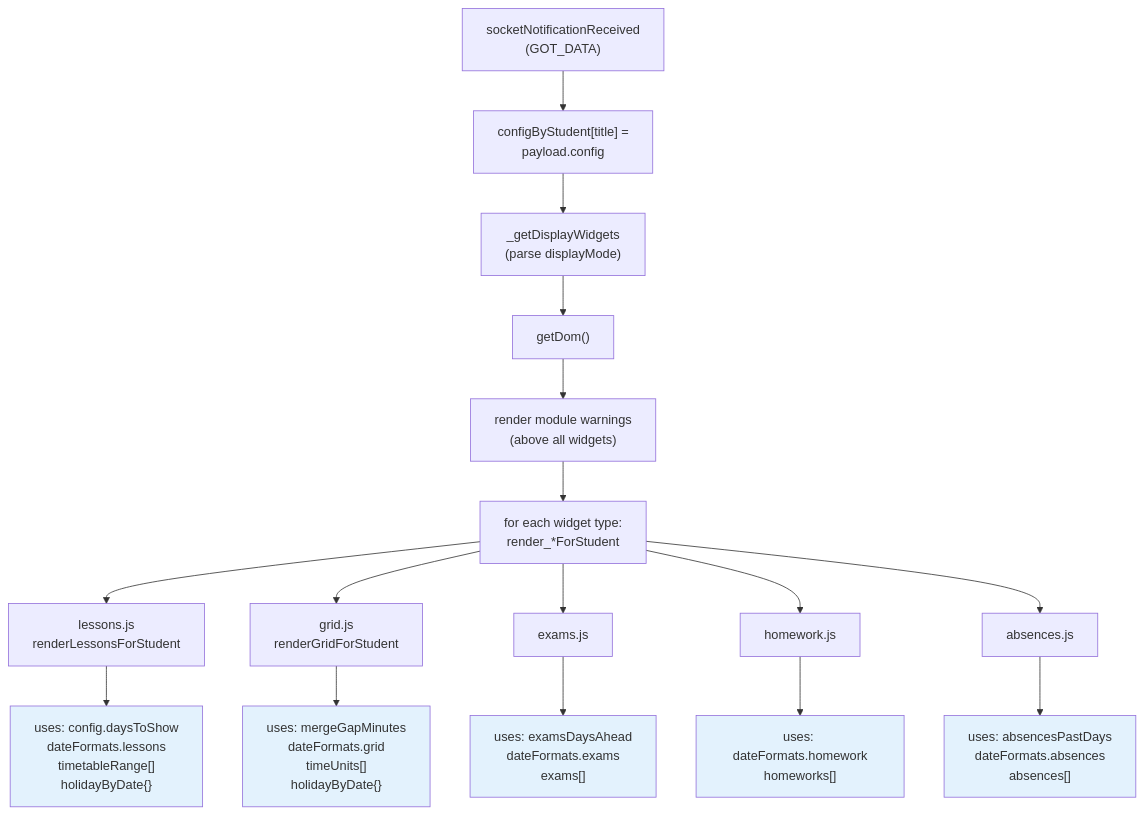
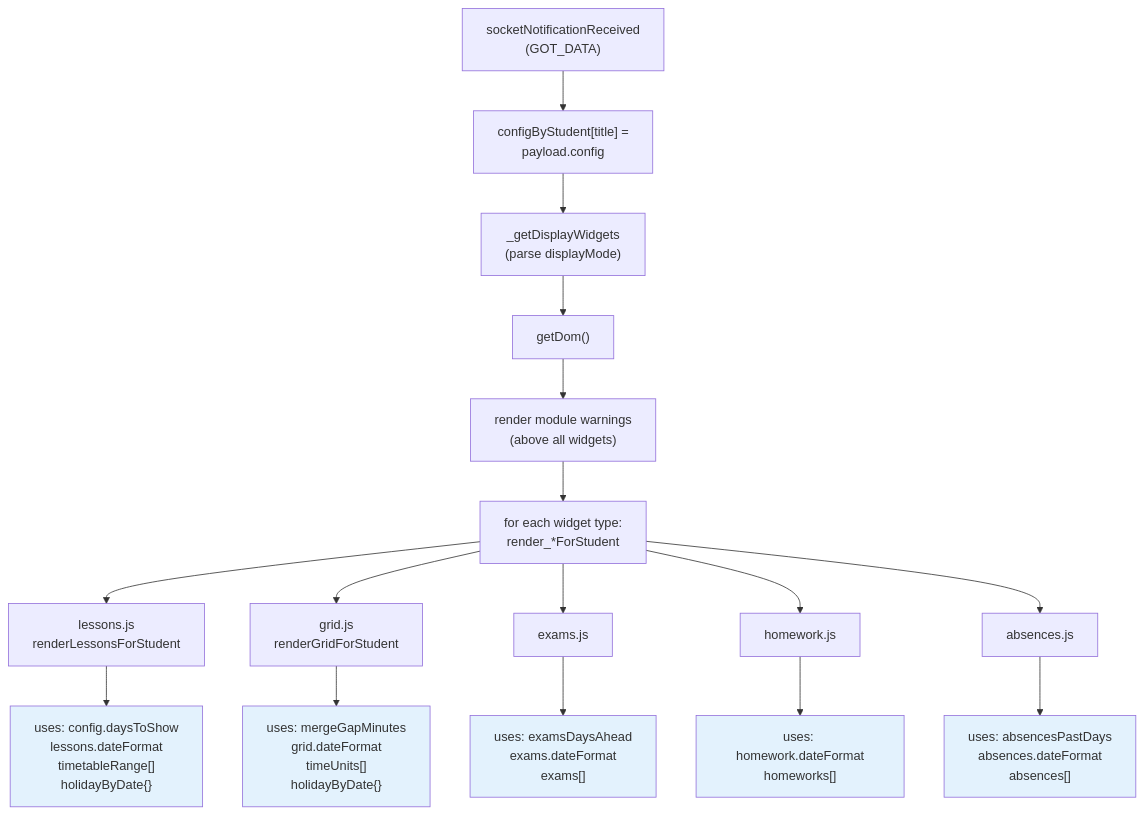
One commit to HeikoGr/MMM-Webuntis changed the fourth of 9 diagrams in ARCHITECTURE.md. Above: the diagram before and after it, drawn with Mermaid. The commit also changed other lines of this file and 13 other files, not shown here.

Commit message:
refactor: migrate to widget-specific dateFormat configuration and remove legacy dateFormats

````diff
--- a/ARCHITECTURE.md
+++ b/ARCHITECTURE.md
@@ -108,29 +108,29 @@
 ```mermaid
 graph TD
     FE["socketNotificationReceived<br/>(GOT_DATA)"]
     --> CB["configByStudent[title] =<br/>payload.config"]
     --> VW["_getDisplayWidgets<br/>(parse displayMode)"]
     --> DOM["getDom()"]
     --> WRN["render module warnings<br/>(above all widgets)"]
     --> RW["for each widget type:<br/>render_*ForStudent"]
     --> W1["lessons.js<br/>renderLessonsForStudent"]
-    --> W1B["uses: config.daysToShow<br/>dateFormats.lessons<br/>timetableRange[]<br/>holidayByDate{}"]
+    --> W1B["uses: config.daysToShow<br/>lessons.dateFormat<br/>timetableRange[]<br/>holidayByDate{}"]
 
     RW --> W2["grid.js<br/>renderGridForStudent"]
-    --> W2B["uses: mergeGapMinutes<br/>dateFormats.grid<br/>timeUnits[]<br/>holidayByDate{}"]
+    --> W2B["uses: mergeGapMinutes<br/>grid.dateFormat<br/>timeUnits[]<br/>holidayByDate{}"]
 
     RW --> W3["exams.js"]
-    --> W3B["uses: examsDaysAhead<br/>dateFormats.exams<br/>exams[]"]
+    --> W3B["uses: examsDaysAhead<br/>exams.dateFormat<br/>exams[]"]
 
     RW --> W4["homework.js"]
-    --> W4B["uses: dateFormats.homework<br/>homeworks[]"]
+    --> W4B["uses: homework.dateFormat<br/>homeworks[]"]
 
     RW --> W5["absences.js"]
-    --> W5B["uses: absencesPastDays<br/>dateFormats.absences<br/>absences[]"]
+    --> W5B["uses: absencesPastDays<br/>absences.dateFormat<br/>absences[]"]
 
     style W1B fill:#e3f2fd
     style W2B fill:#e3f2fd
     style W3B fill:#e3f2fd
     style W4B fill:#e3f2fd
     style W5B fill:#e3f2fd
 ```
````
